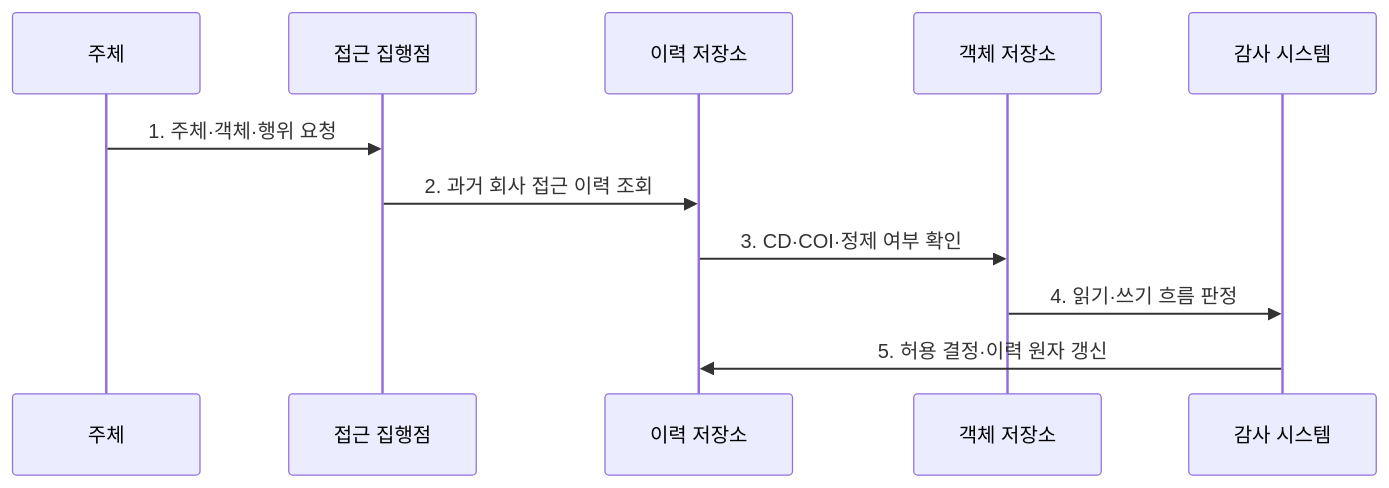
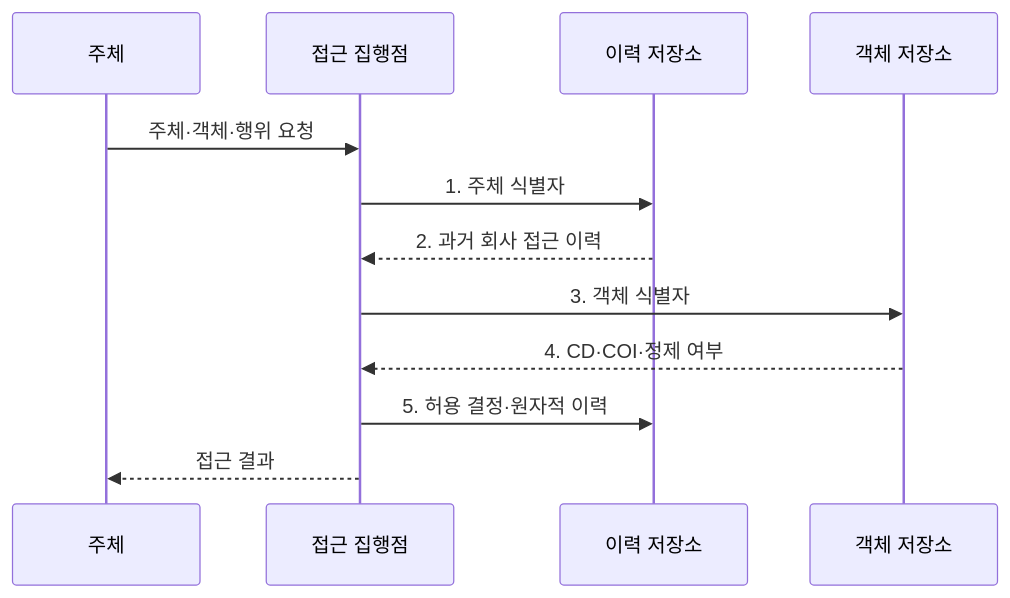
Before and after one commit to agnusdei1207/knowledge-base: the second of 2 diagrams in src/content/docs/notes/05-security/138_brewer_nash_model.md, drawn with Mermaid. The commit also changed other lines of this file and 20 other files, not shown here.

````diff
--- a/src/content/docs/notes/05-security/138_brewer_nash_model.md
+++ b/src/content/docs/notes/05-security/138_brewer_nash_model.md
@@ -82,13 +82,14 @@
 ```mermaid
 sequenceDiagram
   participant S as 주체
   participant E as 접근 집행점
   participant H as 이력 저장소
   participant O as 객체 저장소
-  participant A as 감사 시스템
-  S->>E: 1. 주체·객체·행위 요청
-  E->>H: 2. 과거 회사 접근 이력 조회
-  H->>O: 3. CD·COI·정제 여부 확인
-  O->>A: 4. 읽기·쓰기 흐름 판정
-  A->>H: 5. 허용 결정·이력 원자 갱신
+  S->>E: 주체·객체·행위 요청
+  E->>H: 1. 주체 식별자
+  H-->>E: 2. 과거 회사 접근 이력
+  E->>O: 3. 객체 식별자
+  O-->>E: 4. CD·COI·정제 여부
+  E->>H: 5. 허용 결정·원자적 이력
+  E-->>S: 접근 결과
 ```
````
